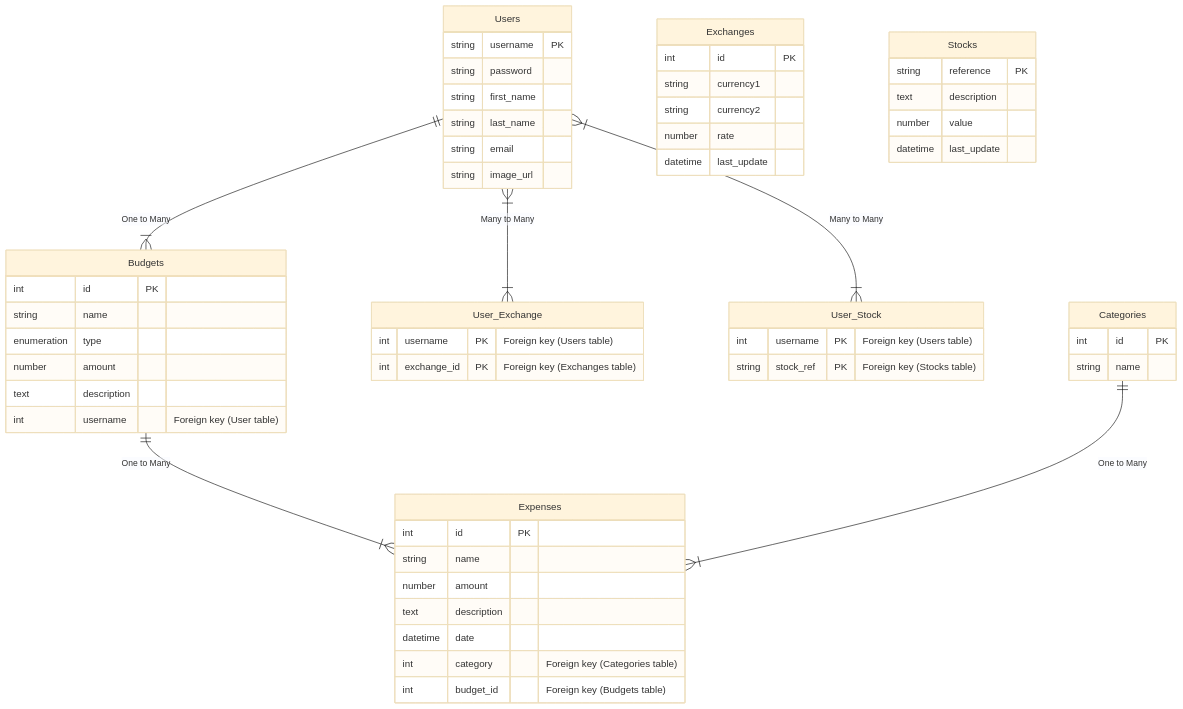
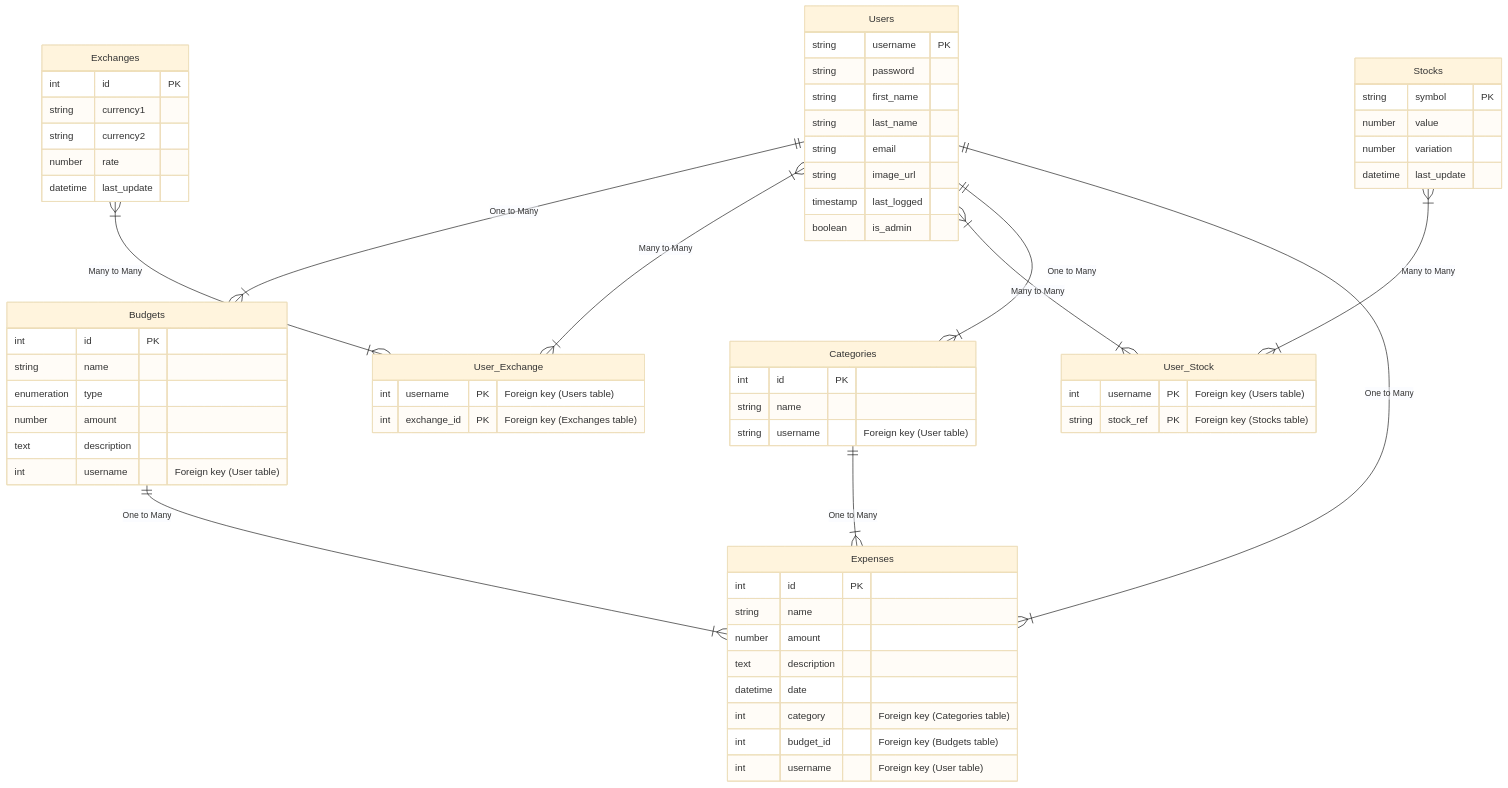
One commit to Fogaroli/expenseer changed the diagram in documentation/database.md. Above: the diagram before and after it, drawn with Mermaid (base theme). The commit also changed 2 other files, not shown here.

Commit message:
Update Readme, add Backend usage description file

````diff
--- a/documentation/database.md
+++ b/documentation/database.md
@@ -1,64 +1,72 @@
 ```Mermaid
 
 erDiagram
     Users ||--|{ Budgets : "One to Many"
     Budgets ||--|{ Expenses : "One to Many"
     Users }|--|{ User_Exchange : "Many to Many"
     Users }|--|{ User_Stock : "Many to Many"
+    Users ||--|{ Categories : "One to Many"
+    Users ||--|{ Expenses : "One to Many"
     Categories ||--|{ Expenses : "One to Many"
+    Exchanges }|--|{ User_Exchange : "Many to Many"
+    Stocks }|--|{ User_Stock : "Many to Many"
 
     Users {
         string username PK
         string password
         string first_name
         string last_name
         string email
         string image_url
+        timestamp last_logged
+        boolean is_admin
     }
     Categories {
         int id PK
         string name
+        string username "Foreign key (User table)"
     }
     Budgets {
         int id PK
         string name
         enumeration type
         number amount
         text description
         int username "Foreign key (User table)"
 
     }
     Expenses {
         int id PK
         string name
         number amount
         text description
         datetime date
         int category "Foreign key (Categories table)"
         int budget_id "Foreign key (Budgets table)"
+        int username "Foreign key (User table)"
     }
     Exchanges {
         int id PK
         string currency1
         string currency2
         number rate
         datetime last_update
     }
 
     User_Exchange {
         int username PK "Foreign key (Users table)"        
         int exchange_id PK "Foreign key (Exchanges table)"        
     }
 
     Stocks {
-        string reference PK
-        text description
+        string symbol PK
         number value
+        number variation
         datetime last_update
     }
 
     User_Stock {
         int username PK "Foreign key (Users table)"        
         string stock_ref PK "Foreign key (Stocks table)"                         
     }
 ```
````
